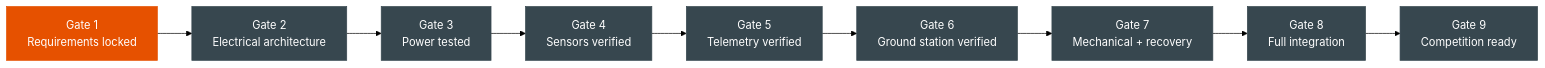
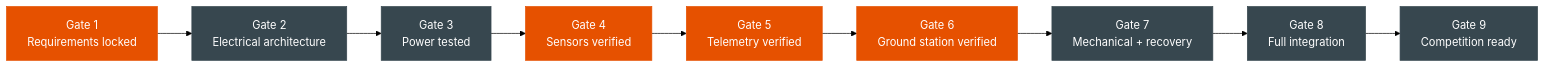
Before and after one commit to KunjSorathiya/CanSat-2026: the third of 4 diagrams in documentation/project/timeline.md, drawn with Mermaid (forest theme). The commit also changed other lines of this file and 5 other files, not shown here.

````diff
--- a/documentation/project/timeline.md
+++ b/documentation/project/timeline.md
@@ -186,17 +186,17 @@
 ```mermaid
 flowchart LR
     G1["Gate 1<br/>Requirements locked"] --> G2["Gate 2<br/>Electrical architecture"]
     G2 --> G3["Gate 3<br/>Power tested"]
     G3 --> G4["Gate 4<br/>Sensors verified"]
     G4 --> G5["Gate 5<br/>Telemetry verified"]
     G5 --> G6["Gate 6<br/>Ground station verified"]
     G6 --> G7["Gate 7<br/>Mechanical + recovery"]
     G7 --> G8["Gate 8<br/>Full integration"]
     G8 --> G9["Gate 9<br/>Competition ready"]
 
     classDef done fill:#1b5e20,stroke:#1b5e20,color:#fff
     classDef partial fill:#e65100,stroke:#e65100,color:#fff
     classDef todo fill:#37474f,stroke:#37474f,color:#fff
-    class G1 partial
-    class G2,G3,G4,G5,G6,G7,G8,G9 todo
+    class G1,G4,G5,G6 partial
+    class G2,G3,G7,G8,G9 todo
 ```
````
